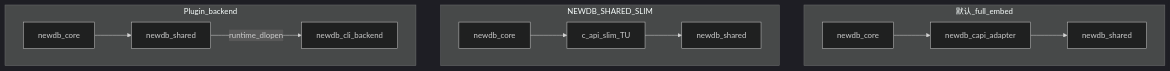
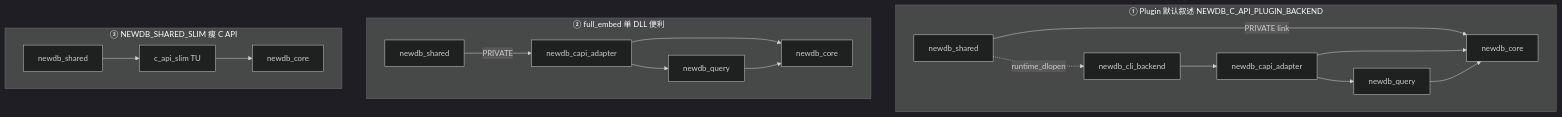
One commit to skyline019/database changed the second of 17 diagrams in newdb/docs/architecture/PROJECT_DATAFLOW_WHOLE.md. Above: the diagram before and after it, drawn with Mermaid (dark theme). The commit also changed other lines of this file, not shown here.

````diff
--- a/newdb/docs/architecture/PROJECT_DATAFLOW_WHOLE.md
+++ b/newdb/docs/architecture/PROJECT_DATAFLOW_WHOLE.md
@@ -170,24 +212,33 @@
 ```mermaid
 flowchart TB
-  subgraph defEmbed [默认_full_embed]
+  subgraph plugMode ["① Plugin 默认叙述 NEWDB_C_API_PLUGIN_BACKEND"]
+    E2[newdb_core]
+    Sh2[newdb_shared]
+    BE2[newdb_cli_backend]
+    CAP2[newdb_capi_adapter]
+    Q2[newdb_query]
+    Sh2 -->|"PRIVATE link"| E2
+    BE2 --> CAP2
+    CAP2 --> E2
+    CAP2 --> Q2
+    Q2 --> E2
+    Sh2 -.runtime_dlopen.-> BE2
+  end
+  subgraph defEmbed ["② full_embed 单 DLL 便利"]
     E0[newdb_core]
     C0[newdb_capi_adapter]
     Sh0[newdb_shared]
-    E0 --> C0
-    C0 --> Sh0
+    Q0[newdb_query]
+    Sh0 -->|"PRIVATE"| C0
+    C0 --> E0
+    C0 --> Q0
+    Q0 --> E0
   end
-  subgraph slimMode [NEWDB_SHARED_SLIM]
+  subgraph slimMode ["③ NEWDB_SHARED_SLIM 瘦 C API"]
     E1[newdb_core]
-    Slim[c_api_slim_TU]
+    Slim[c_api_slim TU]
     Sh1[newdb_shared]
-    E1 --> Slim
-    Slim --> Sh1
-  end
-  subgraph plugMode [Plugin_backend]
-    E2[newdb_core]
-    Sh2[newdb_shared]
-    BE[newdb_cli_backend]
-    E2 --> Sh2
-    Sh2 -->|runtime_dlopen| BE
+    Sh1 --> Slim
+    Slim --> E1
   end
 ```
````
